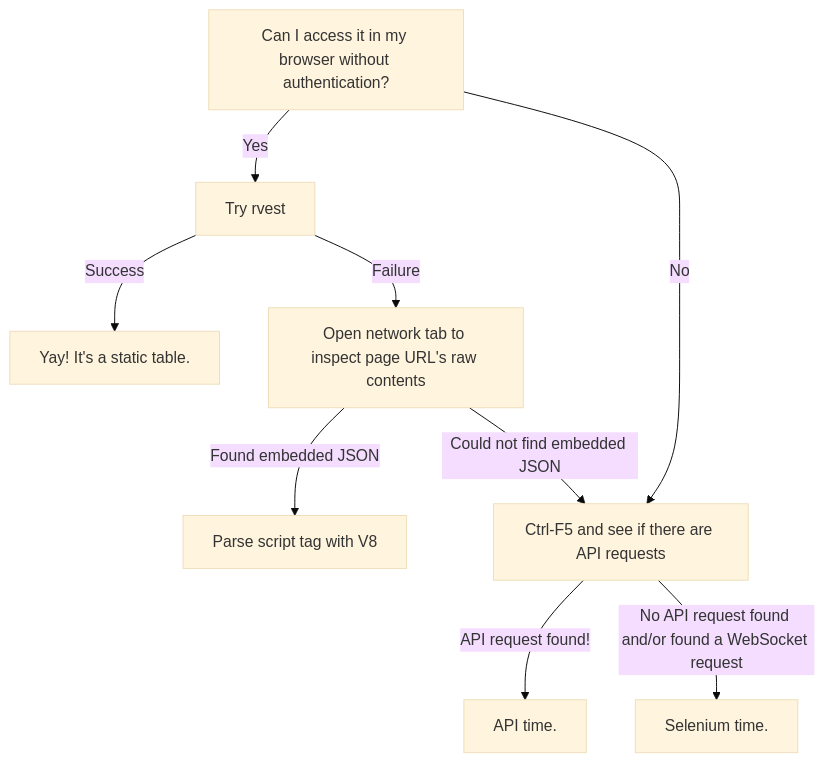
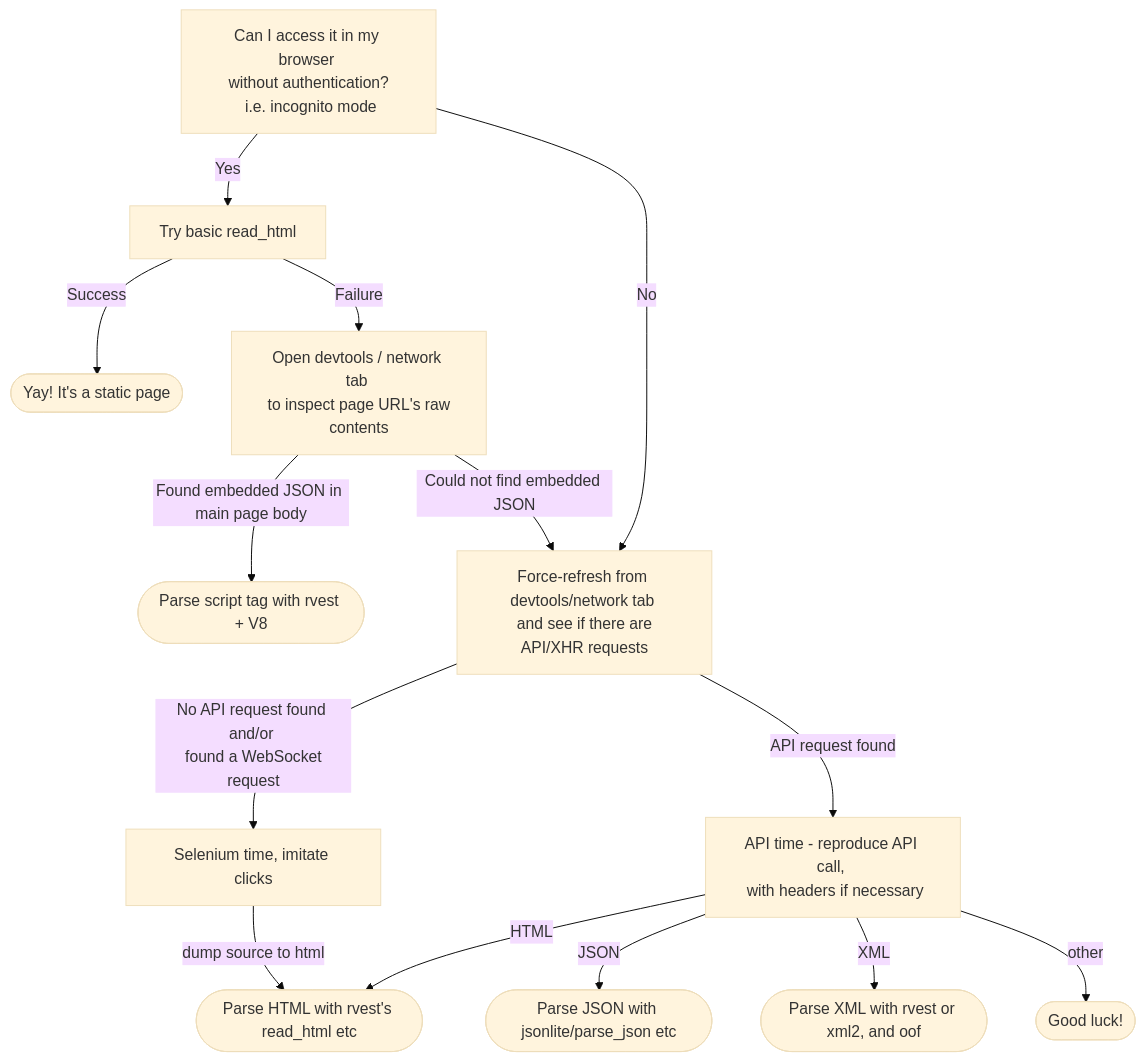
Before and after one commit to tanho63/tantorials: the diagram in 20210719-scraping/scraping.md, drawn with Mermaid (base theme). The commit also changed other lines of this file, not shown here.

````diff
--- a/20210719-scraping/scraping.md
+++ b/20210719-scraping/scraping.md
@@ -5,22 +5,30 @@
 ```mermaid
 flowchart TD
 
-A[Can I access it in my browser without authentication?]
+A[Can I access it in my browser \n without authentication? \n i.e. incognito mode]
 
-A-->|Yes| B[Try rvest]
+A-->|Yes| B[Try basic read_html]
 
-B-->|Success| C[Yay! It's a static table.]
+B-->|Success| C([Yay! It's a static page])
 
-B-->|Failure| D[Open network tab to inspect page URL's raw contents]
+B-->|Failure| D[Open devtools / network tab \n to inspect page URL's raw contents]
 
+D-->|Found embedded JSON in main page body| E([Parse script tag with rvest + V8])
+
+D-->|Could not find embedded JSON| F[Force-refresh from devtools/network tab \n and see if there are API/XHR requests]
+
+F-->|API request found| G[API time - reproduce API call, \n with headers if necessary]
+
+F-->|No API request found and/or \n found a WebSocket request| H[Selenium time, imitate clicks]
+
+H-->|dump source to html| K
+
+G-->|HTML| K([Parse HTML with rvest's read_html etc])
+
+G-->|JSON| J([Parse JSON with jsonlite/parse_json etc])
+
+G-->|XML| L([Parse XML with rvest or xml2, and oof])
+
+G-->|other| M([Good luck!])
 A-->|No| F
-
-D-->|Found embedded JSON| E[Parse script tag with V8]
-
-D-->|Could not find embedded JSON| F[Ctrl-F5 and see if there are API requests]
-
-F-->|API request found!| G[API time.]
-
-F-->|No API request found and/or found a WebSocket request| H[Selenium time.]
-
 ```
````
